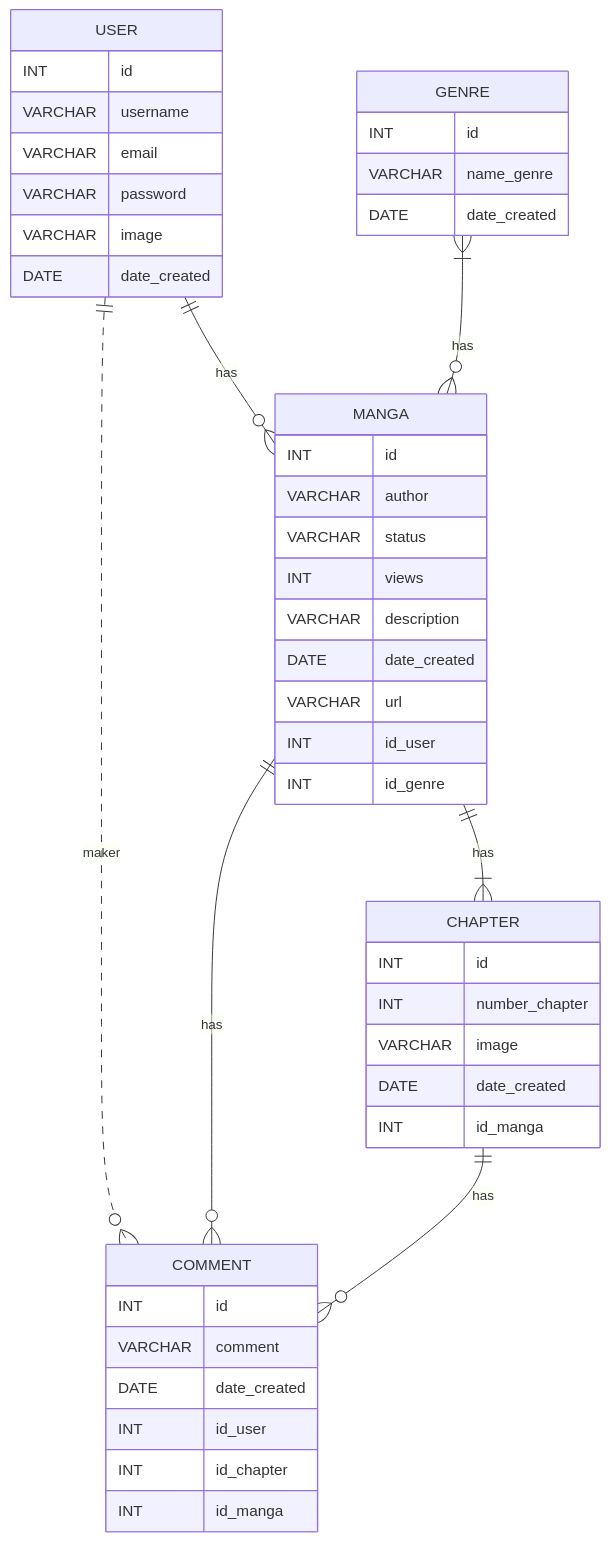
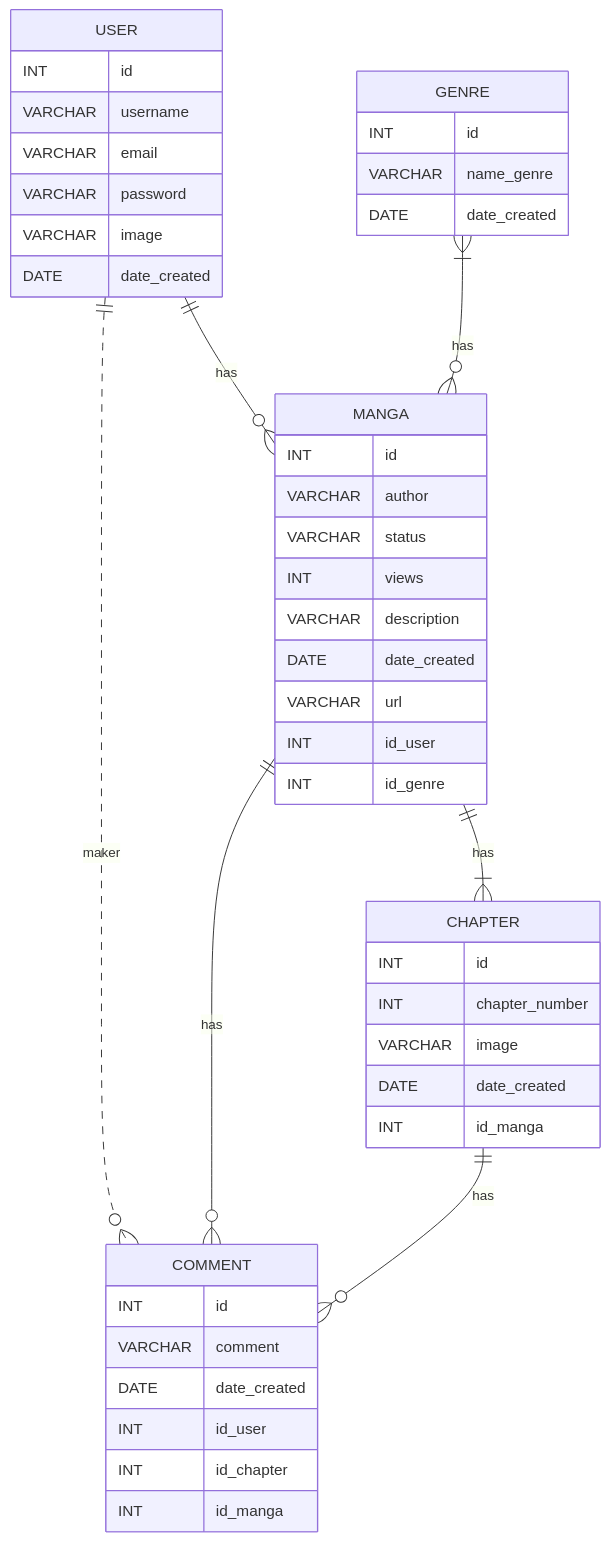
Before and after one commit to Space-Racoons/manga-zen: the diagram in docs/doc-modelo.md, drawn with Mermaid.

Commit message:
docs: alterando atributo #1

````diff
--- a/docs/doc-modelo.md
+++ b/docs/doc-modelo.md
@@ -5,54 +5,54 @@
 ```mermaid
 erDiagram
     USER ||..o{ COMMENT : maker
     USER ||--o{ MANGA : has
     MANGA ||--|{ CHAPTER : has
     MANGA ||--o{ COMMENT : has
     CHAPTER ||--o{ COMMENT : has
     GENRE |{--o{  MANGA: has
 
     USER {
         INT id
         VARCHAR  username
         VARCHAR  email
         VARCHAR  password
         VARCHAR  image
         DATE date_created
     }
 
     COMMENT{
         INT id
         VARCHAR comment
         DATE date_created
         INT id_user
         INT id_chapter
         INT id_manga
     }
 
      MANGA{
         INT id
         VARCHAR  author
         VARCHAR  status
         INT      views
         VARCHAR  description
         DATE date_created
         VARCHAR  url
         INT id_user
         INT id_genre
     }
 
     CHAPTER{
         INT id
-        INT  number_chapter
+        INT  chapter_number
         VARCHAR  image
         DATE date_created
         INT id_manga
     }
 
     GENRE{
         INT id
         VARCHAR name_genre
         DATE date_created
     }
 
 ```
````
